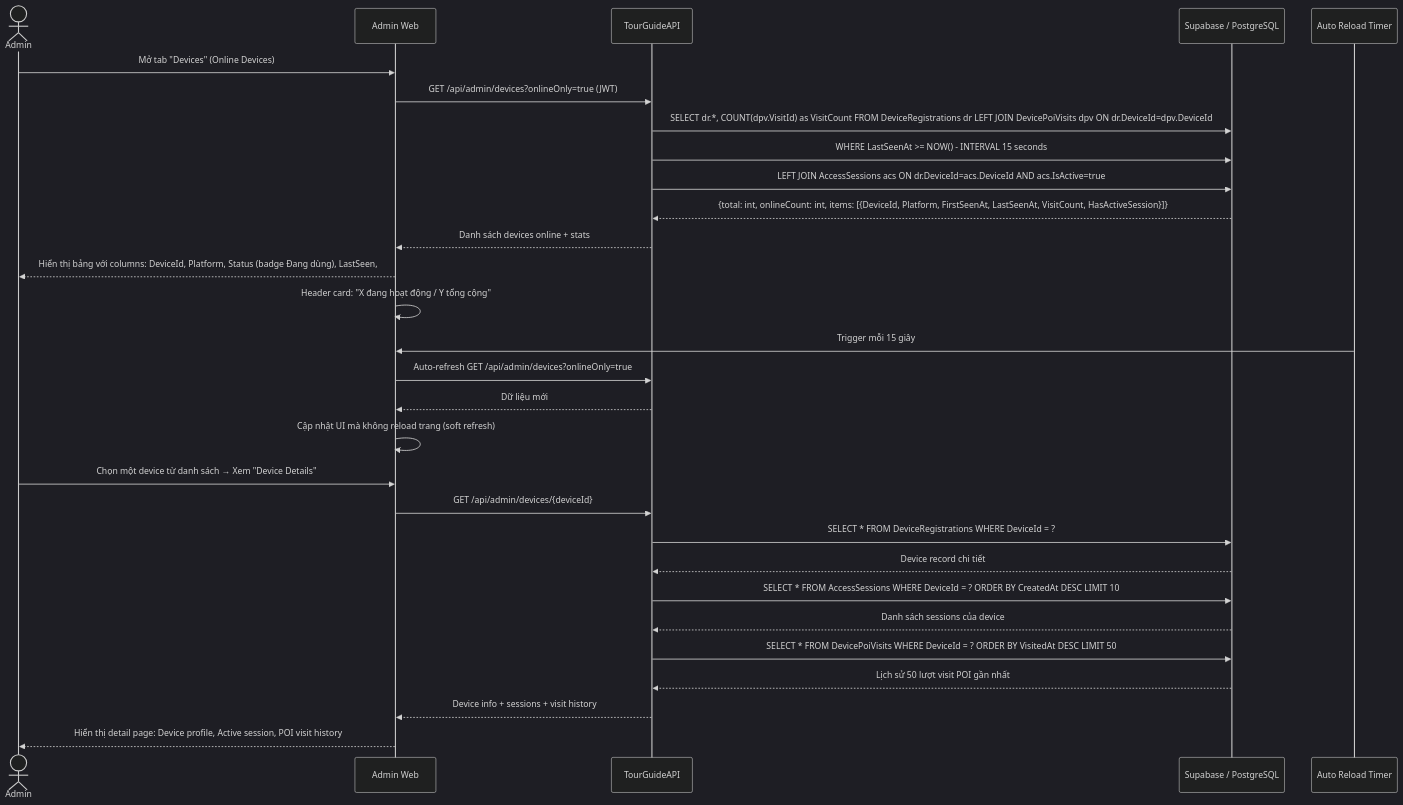
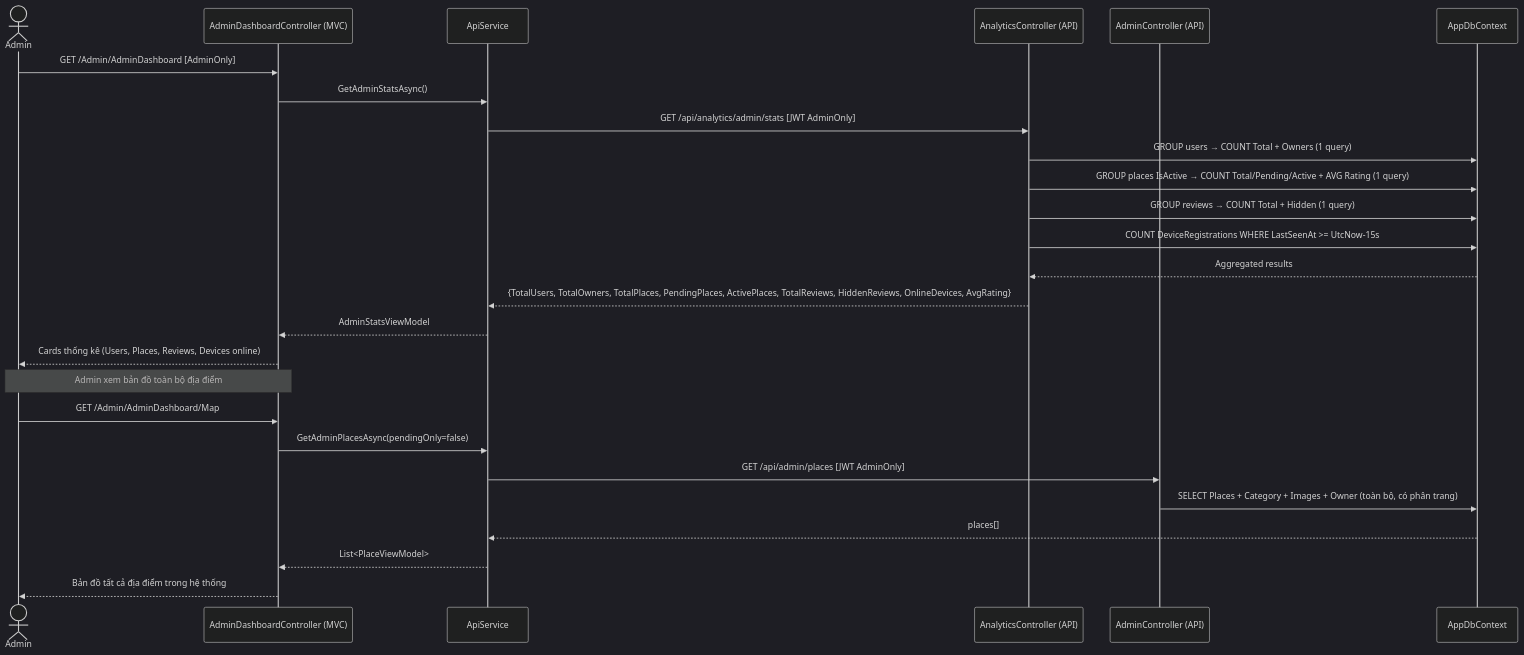
One commit to MTai55/csharp changed diagram 13 of 25 in PRD.md. Above: the diagram before and after it, drawn with Mermaid (dark theme). The commit also changed other lines of this file and 7 other files, not shown here.

Commit message:
optimize và web sequence

````diff
--- a/PRD.md
+++ b/PRD.md
@@ -1727,34 +1787,30 @@
 ```mermaid
 sequenceDiagram
     actor Admin
-    participant AdminUI as Admin Web
-    participant API as TourGuideAPI
-    participant DB as Supabase / PostgreSQL
-    participant Timer as Auto Reload Timer
+    participant DashMVC as AdminDashboardController (MVC)
+    participant API as ApiService
+    participant AnalyticsAPI as AnalyticsController (API)
+    participant AdminAPI as AdminController (API)
+    participant DB as AppDbContext
 
-    Admin->>AdminUI: Mở tab "Devices" (Online Devices)
-    AdminUI->>API: GET /api/admin/devices?onlineOnly=true (JWT)
-    API->>DB: SELECT dr.*, COUNT(dpv.VisitId) as VisitCount FROM DeviceRegistrations dr LEFT JOIN DevicePoiVisits dpv ON dr.DeviceId=dpv.DeviceId
-    API->>DB: WHERE LastSeenAt >= NOW() - INTERVAL 15 seconds
-    API->>DB: LEFT JOIN AccessSessions acs ON dr.DeviceId=acs.DeviceId AND acs.IsActive=true
-    DB-->>API: {total: int, onlineCount: int, items: [{DeviceId, Platform, FirstSeenAt, LastSeenAt, VisitCount, HasActiveSession}]}
-    API-->>AdminUI: Danh sách devices online + stats
-    AdminUI-->>Admin: Hiển thị bảng với columns: DeviceId, Platform, Status (badge Đang dùng), LastSeen, #Visits
-    AdminUI->>AdminUI: Header card: "X đang hoạt động / Y tổng cộng"
-    
-    Timer->>AdminUI: Trigger mỗi 15 giây
-    AdminUI->>API: Auto-refresh GET /api/admin/devices?onlineOnly=true
-    API-->>AdminUI: Dữ liệu mới
-    AdminUI->>AdminUI: Cập nhật UI mà không reload trang (soft refresh)
-    
-    Admin->>AdminUI: Chọn một device từ danh sách → Xem "Device Details"
-    AdminUI->>API: GET /api/admin/devices/{deviceId}
-    API->>DB: SELECT * FROM DeviceRegistrations WHERE DeviceId = ?
-    DB-->>API: Device record chi tiết
-    API->>DB: SELECT * FROM AccessSessions WHERE DeviceId = ? ORDER BY CreatedAt DESC LIMIT 10
-    DB-->>API: Danh sách sessions của device
-    API->>DB: SELECT * FROM DevicePoiVisits WHERE DeviceId = ? ORDER BY VisitedAt DESC LIMIT 50
-    DB-->>API: Lịch sử 50 lượt visit POI gần nhất
-    API-->>AdminUI: Device info + sessions + visit history
-    AdminUI-->>Admin: Hiển thị detail page: Device profile, Active session, POI visit history
+    Admin->>DashMVC: GET /Admin/AdminDashboard [AdminOnly]
+    DashMVC->>API: GetAdminStatsAsync()
+    API->>AnalyticsAPI: GET /api/analytics/admin/stats [JWT AdminOnly]
+    AnalyticsAPI->>DB: GROUP users → COUNT Total + Owners (1 query)
+    AnalyticsAPI->>DB: GROUP places IsActive → COUNT Total/Pending/Active + AVG Rating (1 query)
+    AnalyticsAPI->>DB: GROUP reviews → COUNT Total + Hidden (1 query)
+    AnalyticsAPI->>DB: COUNT DeviceRegistrations WHERE LastSeenAt >= UtcNow-15s
+    DB-->>AnalyticsAPI: Aggregated results
+    AnalyticsAPI-->>API: {TotalUsers, TotalOwners, TotalPlaces, PendingPlaces, ActivePlaces, TotalReviews, HiddenReviews, OnlineDevices, AvgRating}
+    API-->>DashMVC: AdminStatsViewModel
+    DashMVC-->>Admin: Cards thống kê (Users, Places, Reviews, Devices online)
+
+    Note over Admin,DashMVC: Admin xem bản đồ toàn bộ địa điểm
+    Admin->>DashMVC: GET /Admin/AdminDashboard/Map
+    DashMVC->>API: GetAdminPlacesAsync(pendingOnly=false)
+    API->>AdminAPI: GET /api/admin/places [JWT AdminOnly]
+    AdminAPI->>DB: SELECT Places + Category + Images + Owner (toàn bộ, có phân trang)
+    DB-->>API: places[]
+    API-->>DashMVC: List<PlaceViewModel>
+    DashMVC-->>Admin: Bản đồ tất cả địa điểm trong hệ thống
 ```
````
